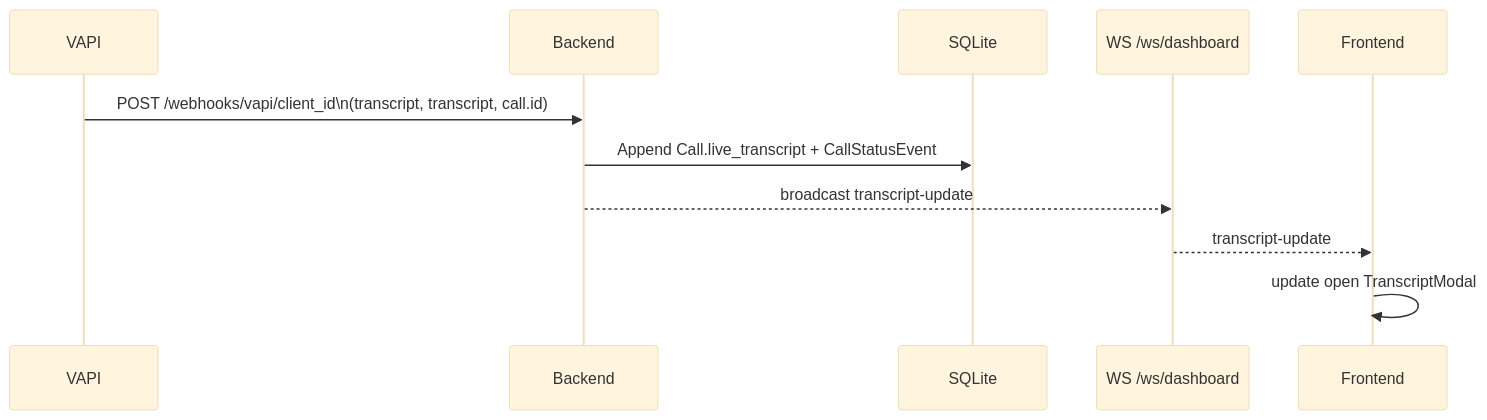
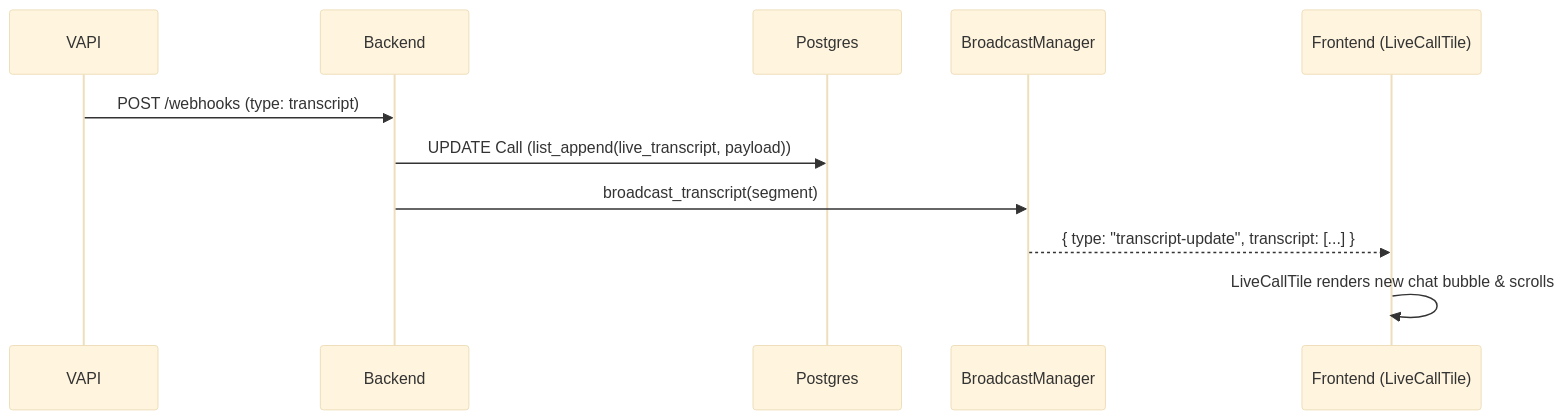
Before and after one commit to ronaks2309/fe-inbound-panel: the sixth of 9 diagrams in architecture-diagrams.md, drawn with Mermaid (base theme). The commit also changed other lines of this file and 3 other files, not shown here.

````diff
--- a/architecture-diagrams.md
+++ b/architecture-diagrams.md
@@ -54,14 +109,14 @@
 ```mermaid
 sequenceDiagram
-  participant V as VAPI
-  participant B as Backend
-  participant DB as SQLite
-  participant W as WS /ws/dashboard
-  participant F as Frontend
+    participant V as VAPI
+    participant BE as Backend
+    participant DB as Postgres
+    participant WM as BroadcastManager
+    participant FE as Frontend (LiveCallTile)
 
-  V->>B: POST /webhooks/vapi/client_id\n(transcript, transcript, call.id)
-  B->>DB: Append Call.live_transcript + CallStatusEvent
-  B-->>W: broadcast transcript-update
-  W-->>F: transcript-update
-  F->>F: update open TranscriptModal
+    V->>BE: POST /webhooks (type: transcript)
+    BE->>DB: UPDATE Call (list_append(live_transcript, payload))
+    BE->>WM: broadcast_transcript(segment)
+    WM-->>FE: { type: "transcript-update", transcript: [...] }
+    FE->>FE: LiveCallTile renders new chat bubble & scrolls
 ```
````
